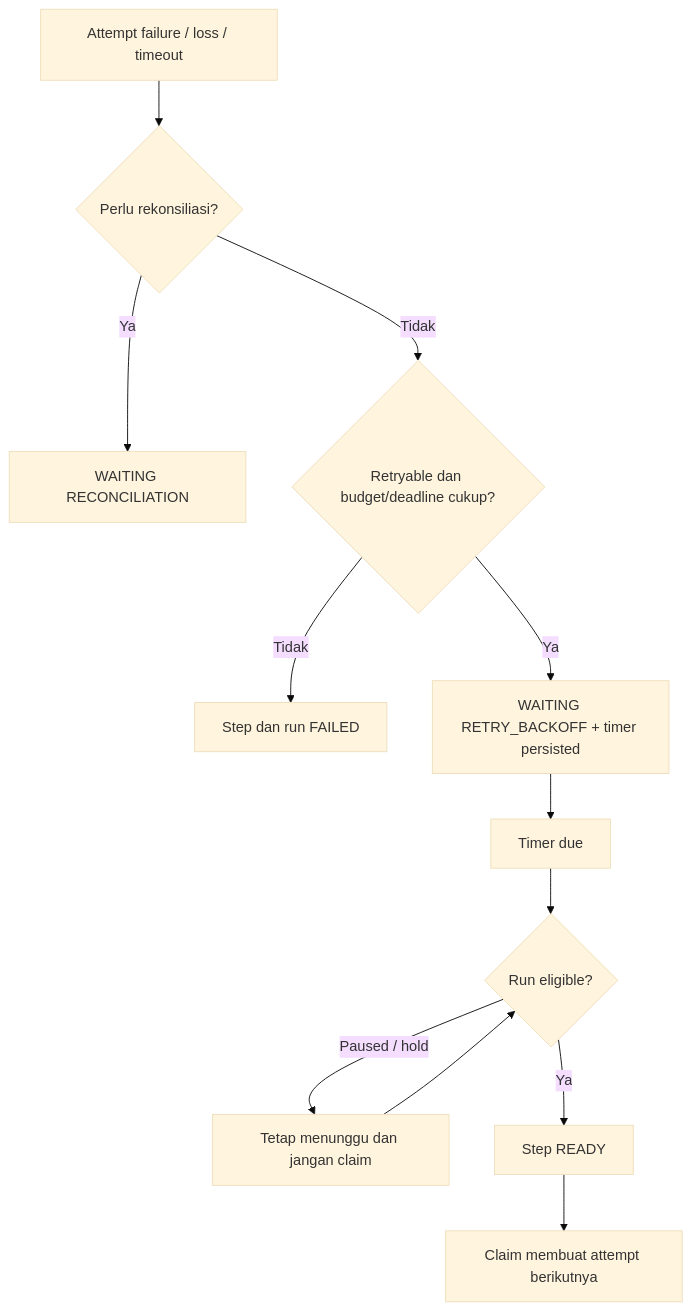
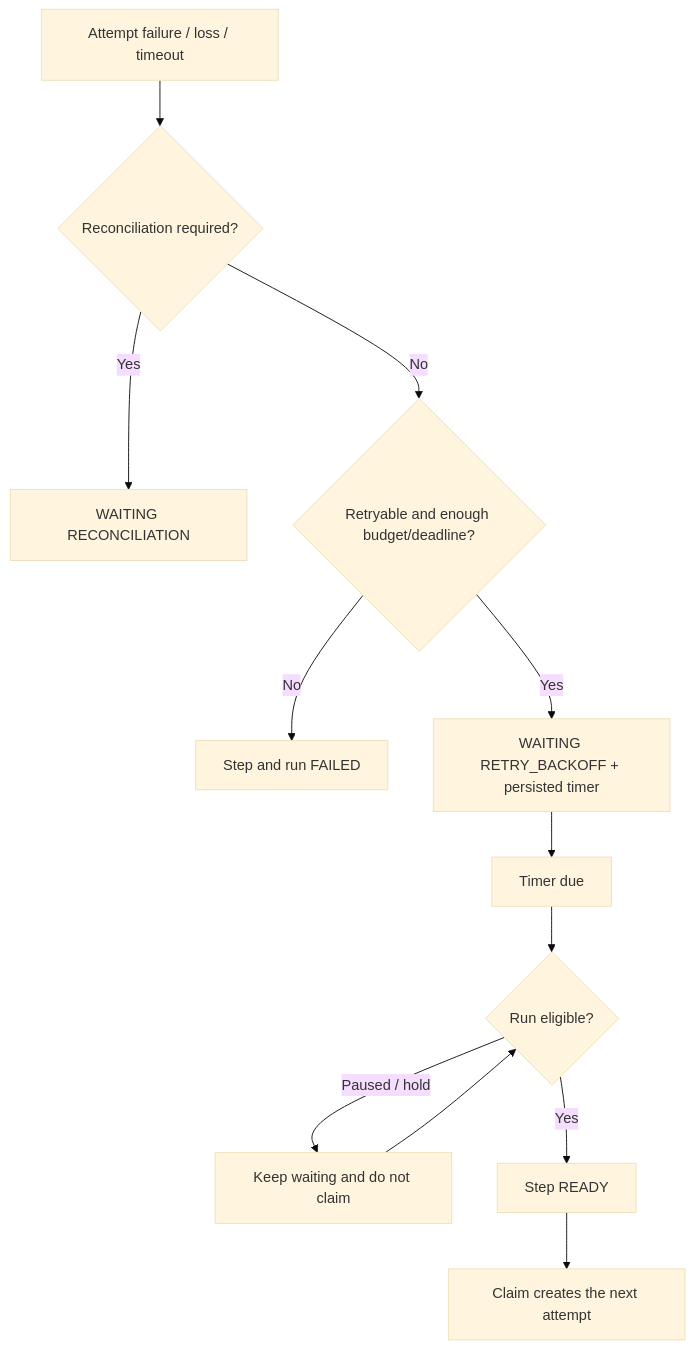
The fifth of 10 diagrams in raw_idea_plan.md (Ryanakml/Deadbolt), drawn with Mermaid (base theme) before and after one commit. The commit also changed other lines of this file and 1 other file, not shown here.

````diff
--- a/raw_idea_plan.md
+++ b/raw_idea_plan.md
@@ -587,14 +621,14 @@
 ```mermaid
 flowchart TD
-    Failure[Attempt failure / loss / timeout] --> Ambiguous{Perlu rekonsiliasi?}
-    Ambiguous -->|Ya| Hold[WAITING RECONCILIATION]
-    Ambiguous -->|Tidak| Budget{Retryable dan budget/deadline cukup?}
-    Budget -->|Tidak| Failed[Step dan run FAILED]
-    Budget -->|Ya| Wait[WAITING RETRY_BACKOFF + timer persisted]
+    Failure[Attempt failure / loss / timeout] --> Ambiguous{Reconciliation required?}
+    Ambiguous -->|Yes| Hold[WAITING RECONCILIATION]
+    Ambiguous -->|No| Budget{Retryable and enough budget/deadline?}
+    Budget -->|No| Failed[Step and run FAILED]
+    Budget -->|Yes| Wait[WAITING RETRY_BACKOFF + persisted timer]
     Wait --> Due[Timer due]
     Due --> Guard{Run eligible?}
-    Guard -->|Paused / hold| Pending[Tetap menunggu dan jangan claim]
+    Guard -->|Paused / hold| Pending[Keep waiting and do not claim]
     Pending --> Guard
-    Guard -->|Ya| Ready[Step READY]
-    Ready --> Claim[Claim membuat attempt berikutnya]
+    Guard -->|Yes| Ready[Step READY]
+    Ready --> Claim[Claim creates the next attempt]
 ```
````
